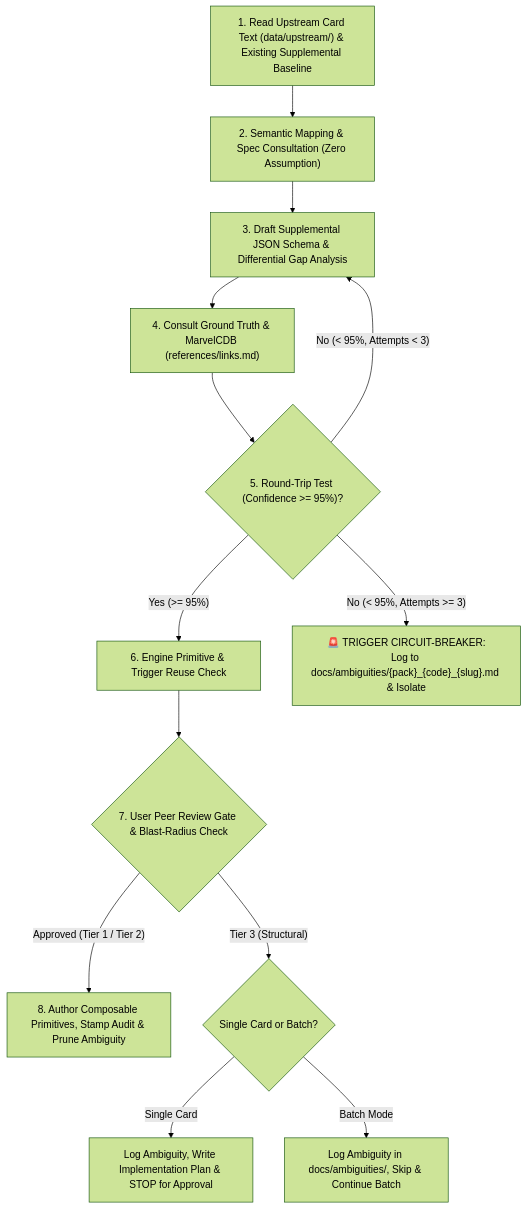
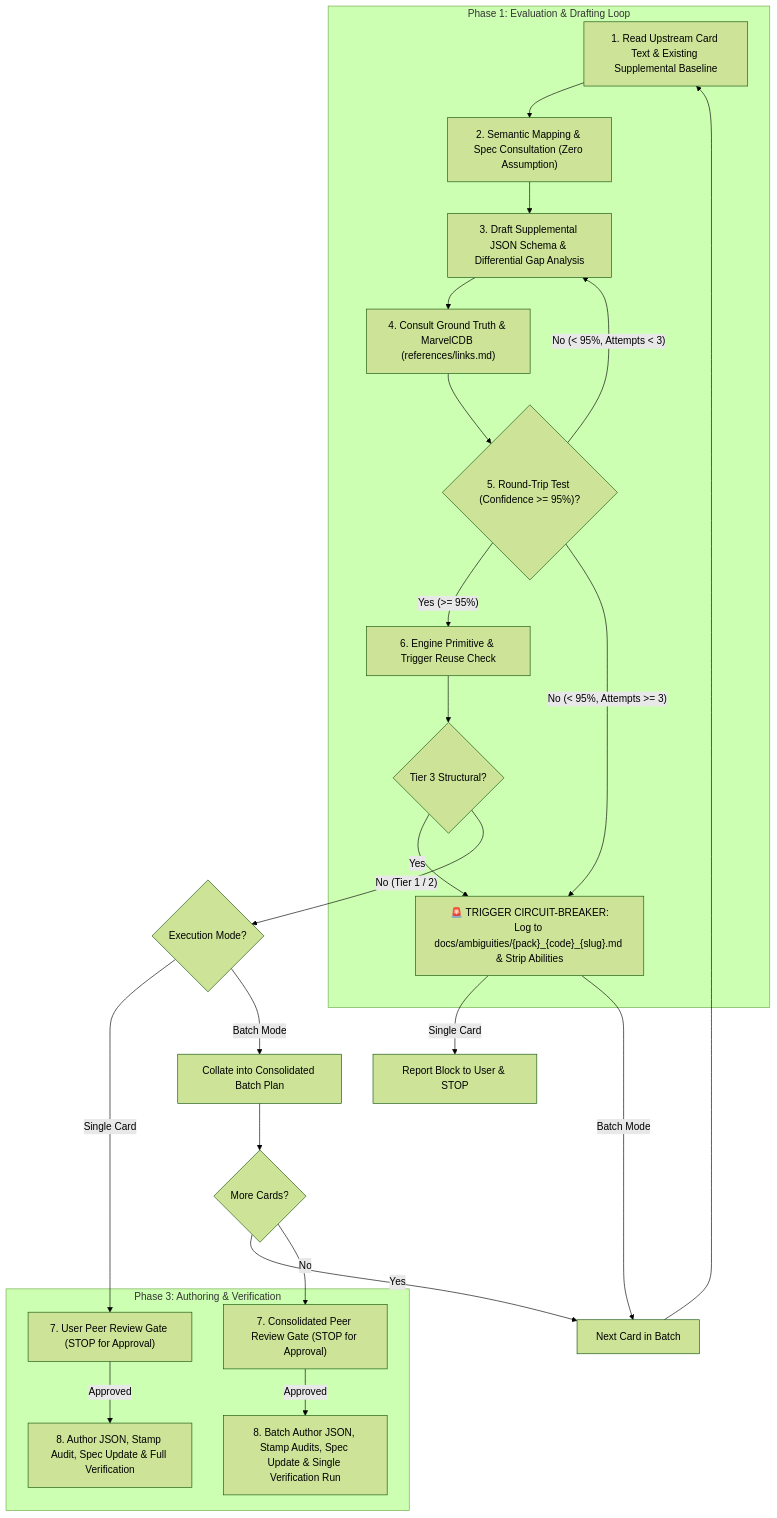
One commit to SteveRodrigue/MCD changed the diagram in .agents/skills/card-integration-protocol/SKILL.md. Above: the diagram before and after it, drawn with Mermaid (forest theme). The commit also changed other lines of this file, not shown here.

Commit message:
docs(agents): formalize batch mode in card integration protocol

````diff
--- a/.agents/skills/card-integration-protocol/SKILL.md
+++ b/.agents/skills/card-integration-protocol/SKILL.md
@@ -34,16 +41,31 @@
 ```mermaid
 flowchart TD
-    S1["1. Read Upstream Card Text (data/upstream/) & Existing Supplemental Baseline"] --> S2["2. Semantic Mapping & Spec Consultation (Zero Assumption)"]
-    S2 --> S3["3. Draft Supplemental JSON Schema & Differential Gap Analysis"]
-    S3 --> S4["4. Consult Ground Truth & MarvelCDB (references/links.md)"]
-    S4 --> S5{"5. Round-Trip Test (Confidence >= 95%)?"}
-    S5 -- "Yes (>= 95%)" --> S6["6. Engine Primitive & Trigger Reuse Check"]
-    S5 -- "No (< 95%, Attempts < 3)" --> S3
-    S5 -- "No (< 95%, Attempts >= 3)" --> CB["🚨 TRIGGER CIRCUIT-BREAKER:
-Log to docs/ambiguities/{pack}_{code}_{slug}.md & Isolate"]
-    S6 --> S7{"7. User Peer Review Gate & Blast-Radius Check"}
-    S7 -- "Approved (Tier 1 / Tier 2)" --> S8["8. Author Composable Primitives, Stamp Audit & Prune Ambiguity"]
-    S7 -- "Tier 3 (Structural)" --> T3{"Single Card or Batch?"}
-    T3 -- "Single Card" --> T3S["Log Ambiguity, Write Implementation Plan & STOP for Approval"]
-    T3 -- "Batch Mode" --> T3B["Log Ambiguity in docs/ambiguities/, Skip & Continue Batch"]
+    subgraph P1 ["Phase 1: Evaluation & Drafting Loop"]
+        S1["1. Read Upstream Card Text & Existing Supplemental Baseline"] --> S2["2. Semantic Mapping & Spec Consultation (Zero Assumption)"]
+        S2 --> S3["3. Draft Supplemental JSON Schema & Differential Gap Analysis"]
+        S3 --> S4["4. Consult Ground Truth & MarvelCDB (references/links.md)"]
+        S4 --> S5{"5. Round-Trip Test (Confidence >= 95%)?"}
+        S5 -- "Yes (>= 95%)" --> S6["6. Engine Primitive & Trigger Reuse Check"]
+        S5 -- "No (< 95%, Attempts < 3)" --> S3
+        S5 -- "No (< 95%, Attempts >= 3)" --> CB["🚨 TRIGGER CIRCUIT-BREAKER:
+Log to docs/ambiguities/{pack}_{code}_{slug}.md & Strip Abilities"]
+        S6 --> T3{"Tier 3 Structural?"}
+        T3 -- "Yes" --> CB
+    end
+
+    CB -- "Single Card" --> CBSingle["Report Block to User & STOP"]
+    CB -- "Batch Mode" --> NextCard["Next Card in Batch"]
+    NextCard --> S1
+
+    T3 -- "No (Tier 1 / 2)" --> ModeChoice{"Execution Mode?"}
+    ModeChoice -- "Single Card" --> S7Single["7. User Peer Review Gate (STOP for Approval)"]
+    ModeChoice -- "Batch Mode" --> CollateBatch["Collate into Consolidated Batch Plan"]
+    CollateBatch --> MoreCards{"More Cards?"}
+    MoreCards -- "Yes" --> NextCard
+    MoreCards -- "No" --> S7Batch["7. Consolidated Peer Review Gate (STOP for Approval)"]
+
+    subgraph P3 ["Phase 3: Authoring & Verification"]
+        S7Single -- "Approved" --> S8Single["8. Author JSON, Stamp Audit, Spec Update & Full Verification"]
+        S7Batch -- "Approved" --> S8Batch["8. Batch Author JSON, Stamp Audits, Spec Update & Single Verification Run"]
+    end
 ```
````
